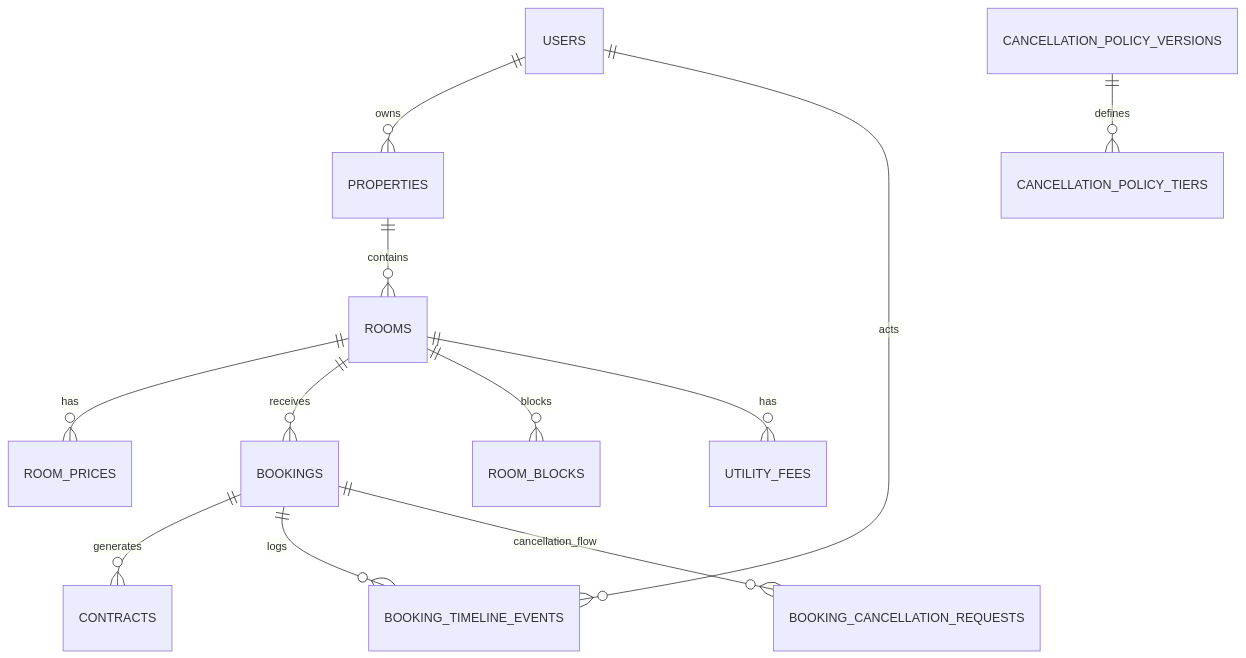
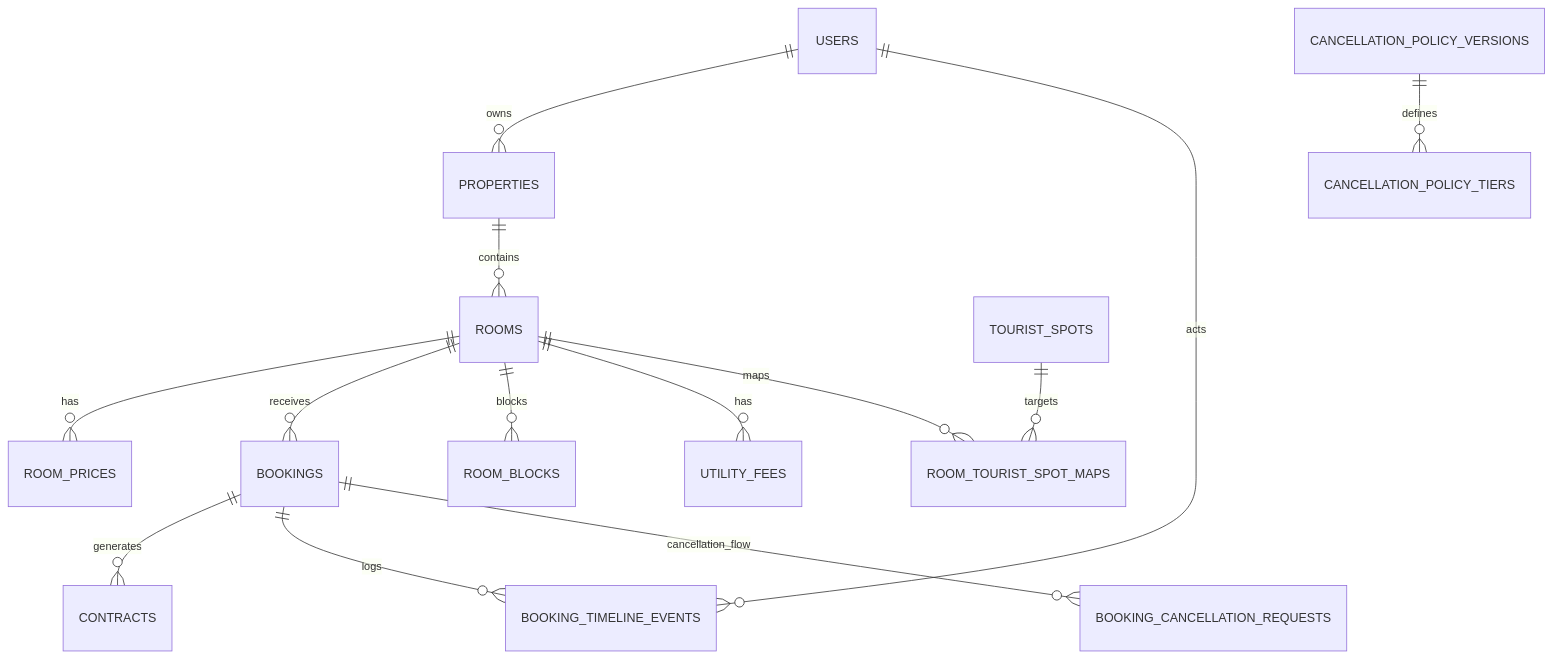
Before and after one commit to mngoc28/bks-system-be: the diagram in docs/databases_docs/db_overview_etc_core_schema.md, drawn with Mermaid. The commit also changed other lines of this file and 105 other files, not shown here.

````diff
--- a/docs/databases_docs/db_overview_etc_core_schema.md
+++ b/docs/databases_docs/db_overview_etc_core_schema.md
@@ -268,14 +303,16 @@
 ```mermaid
 erDiagram
   USERS ||--o{ PROPERTIES : owns
   PROPERTIES ||--o{ ROOMS : contains
   ROOMS ||--o{ ROOM_PRICES : has
   ROOMS ||--o{ BOOKINGS : receives
   ROOMS ||--o{ ROOM_BLOCKS : blocks
   ROOMS ||--o{ UTILITY_FEES : has
+  ROOMS ||--o{ ROOM_TOURIST_SPOT_MAPS : maps
   BOOKINGS ||--o{ CONTRACTS : generates
   BOOKINGS ||--o{ BOOKING_TIMELINE_EVENTS : logs
   USERS ||--o{ BOOKING_TIMELINE_EVENTS : acts
   BOOKINGS ||--o{ BOOKING_CANCELLATION_REQUESTS : cancellation_flow
   CANCELLATION_POLICY_VERSIONS ||--o{ CANCELLATION_POLICY_TIERS : defines
+  TOURIST_SPOTS ||--o{ ROOM_TOURIST_SPOT_MAPS : targets
 ```
````
